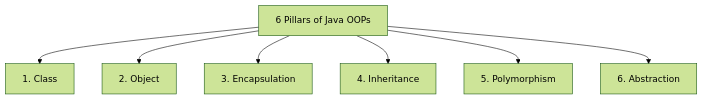
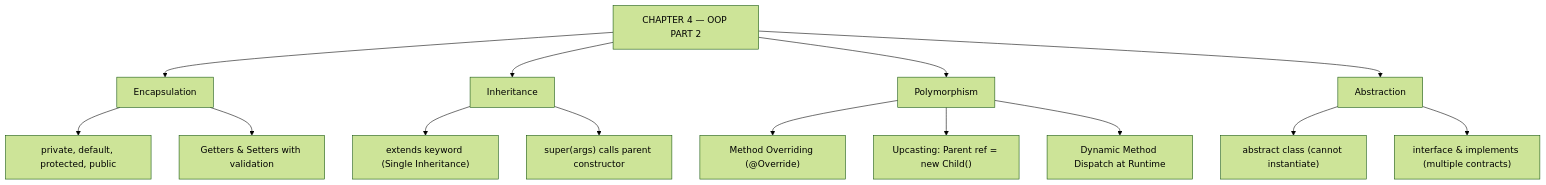
One commit to CHANDUAJMEERA277/ksai_final changed the diagram in java/chapter4.md. Above: the diagram before and after it, drawn with Mermaid (forest theme). The commit also changed other lines of this file and 21 other files, not shown here.

Commit message:
feat: replace all Java chapter markdown files with complete publication textbook content from PDF

````diff
--- a/java/chapter4.md
+++ b/java/chapter4.md
@@ -19,9 +560,20 @@
 ```mermaid
 graph TD
-    OOP["6 Pillars of Java OOPs"] --> C["1. Class"]
-    OOP --> O["2. Object"]
-    OOP --> E["3. Encapsulation"]
-    OOP --> I["4. Inheritance"]
-    OOP --> P["5. Polymorphism"]
-    OOP --> A["6. Abstraction"]
+    Root["CHAPTER 4 — OOP PART 2"] --> Encap["Encapsulation"]
+    Root --> Inherit["Inheritance"]
+    Root --> Poly["Polymorphism"]
+    Root --> Abstr["Abstraction"]
+
+    Encap --> Modifiers["private, default, protected, public"]
+    Encap --> Accs["Getters & Setters with validation"]
+
+    Inherit --> Extends["extends keyword (Single Inheritance)"]
+    Inherit --> SuperKw["super(args) calls parent constructor"]
+
+    Poly --> Override["Method Overriding (@Override)"]
+    Poly --> Upcast["Upcasting: Parent ref = new Child()"]
+    Poly --> Dispatch["Dynamic Method Dispatch at Runtime"]
+
+    Abstr --> AbsClass["abstract class (cannot instantiate)"]
+    Abstr --> Interf["interface & implements (multiple contracts)"]
 ```
````
